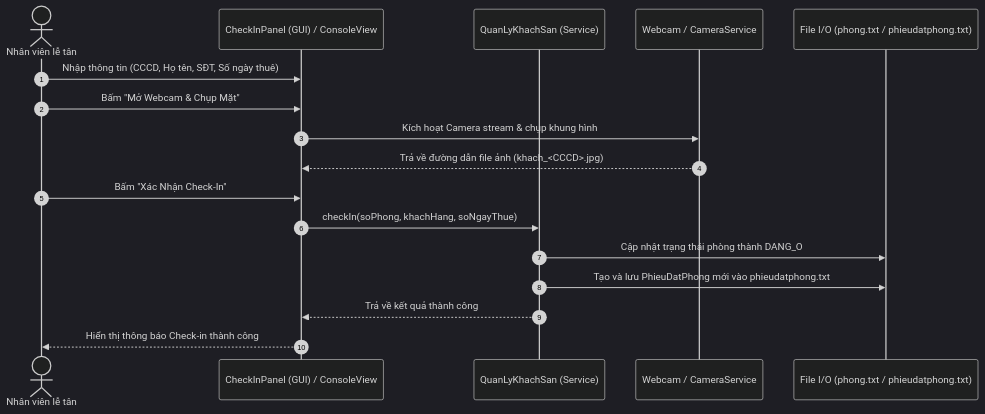
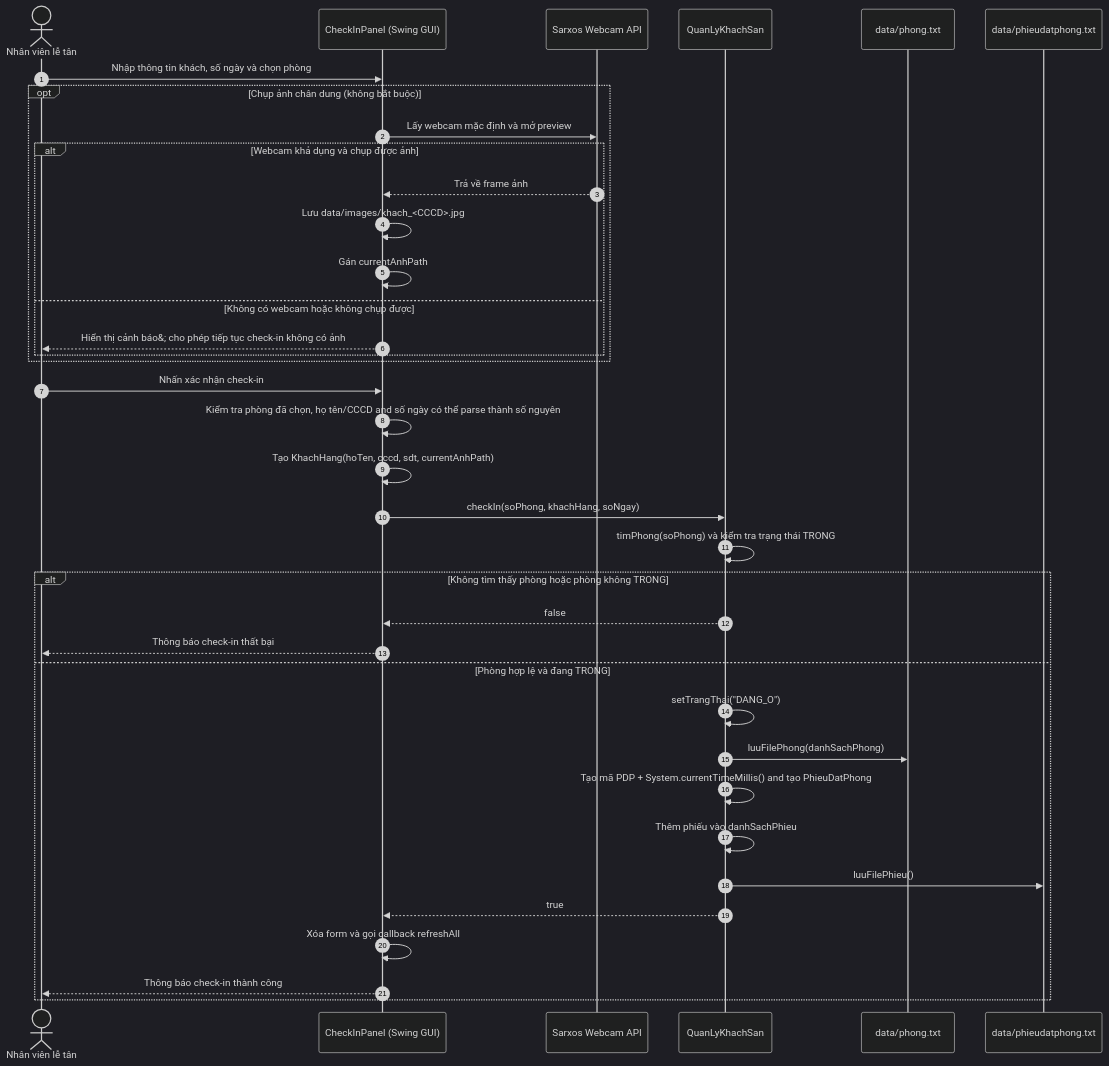
Before and after one commit to NNTTuan/HotelBookingSystem: the diagram in docs/diagrams/sequence_checkin.mmd, drawn with Mermaid (dark theme). The commit also changed 17 other files, not shown here.

```diff
--- a/docs/diagrams/sequence_checkin.mmd
+++ b/docs/diagrams/sequence_checkin.mmd
@@ -1,18 +1,40 @@
 sequenceDiagram
     autonumber
-    actor User as Nhân viên lễ tân
-    participant UI as CheckInPanel (GUI) / ConsoleView
-    participant QLKS as QuanLyKhachSan (Service)
-    participant Cam as Webcam / CameraService
-    participant File as File I/O (phong.txt / phieudatphong.txt)
+    actor Staff as Nhân viên lễ tân
+    participant UI as CheckInPanel (Swing GUI)
+    participant Webcam as Sarxos Webcam API
+    participant QLKS as QuanLyKhachSan
+    participant RoomFile as data/phong.txt
+    participant BookingFile as data/phieudatphong.txt
 
-    User->>UI: Nhập thông tin (CCCD, Họ tên, SĐT, Số ngày thuê)
-    User->>UI: Bấm "Mở Webcam & Chụp Mặt"
-    UI->>Cam: Kích hoạt Camera stream & chụp khung hình
-    Cam-->>UI: Trả về đường dẫn file ảnh (khach_<CCCD>.jpg)
-    User->>UI: Bấm "Xác Nhận Check-In"
-    UI->>QLKS: checkIn(soPhong, khachHang, soNgayThue)
-    QLKS->>File: Cập nhật trạng thái phòng thành DANG_O
-    QLKS->>File: Tạo và lưu PhieuDatPhong mới vào phieudatphong.txt
-    QLKS-->>UI: Trả về kết quả thành công
-    UI-->>User: Hiển thị thông báo Check-in thành công
+    Staff->>UI: Nhập thông tin khách, số ngày và chọn phòng
+    opt Chụp ảnh chân dung (không bắt buộc)
+        UI->>Webcam: Lấy webcam mặc định và mở preview
+        alt Webcam khả dụng và chụp được ảnh
+            Webcam-->>UI: Trả về frame ảnh
+            UI->>UI: Lưu data/images/khach_<CCCD>.jpg
+            UI->>UI: Gán currentAnhPath
+        else Không có webcam hoặc không chụp được
+            UI-->>Staff: Hiển thị cảnh báo&#59; cho phép tiếp tục check-in không có ảnh
+        end
+    end
+
+    Staff->>UI: Nhấn xác nhận check-in
+    UI->>UI: Kiểm tra phòng đã chọn, họ tên/CCCD and số ngày có thể parse thành số nguyên
+    UI->>UI: Tạo KhachHang(hoTen, cccd, sdt, currentAnhPath)
+    UI->>QLKS: checkIn(soPhong, khachHang, soNgay)
+    QLKS->>QLKS: timPhong(soPhong) và kiểm tra trạng thái TRONG
+
+    alt Không tìm thấy phòng hoặc phòng không TRONG
+        QLKS-->>UI: false
+        UI-->>Staff: Thông báo check-in thất bại
+    else Phòng hợp lệ và đang TRONG
+        QLKS->>QLKS: setTrangThai("DANG_O")
+        QLKS->>RoomFile: luuFilePhong(danhSachPhong)
+        QLKS->>QLKS: Tạo mã PDP + System.currentTimeMillis() and tạo PhieuDatPhong
+        QLKS->>QLKS: Thêm phiếu vào danhSachPhieu
+        QLKS->>BookingFile: luuFilePhieu()
+        QLKS-->>UI: true
+        UI->>UI: Xóa form và gọi callback refreshAll
+        UI-->>Staff: Thông báo check-in thành công
+    end
```
